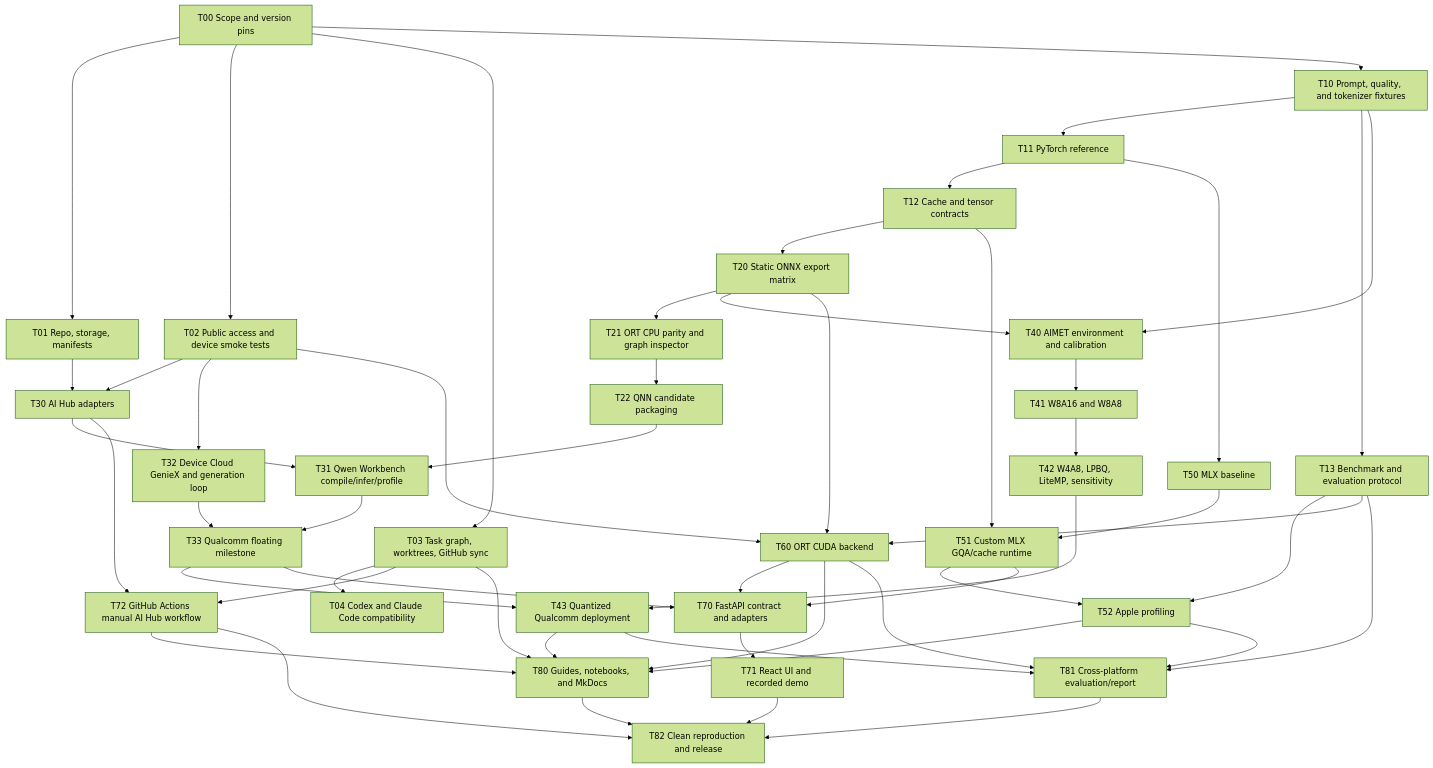
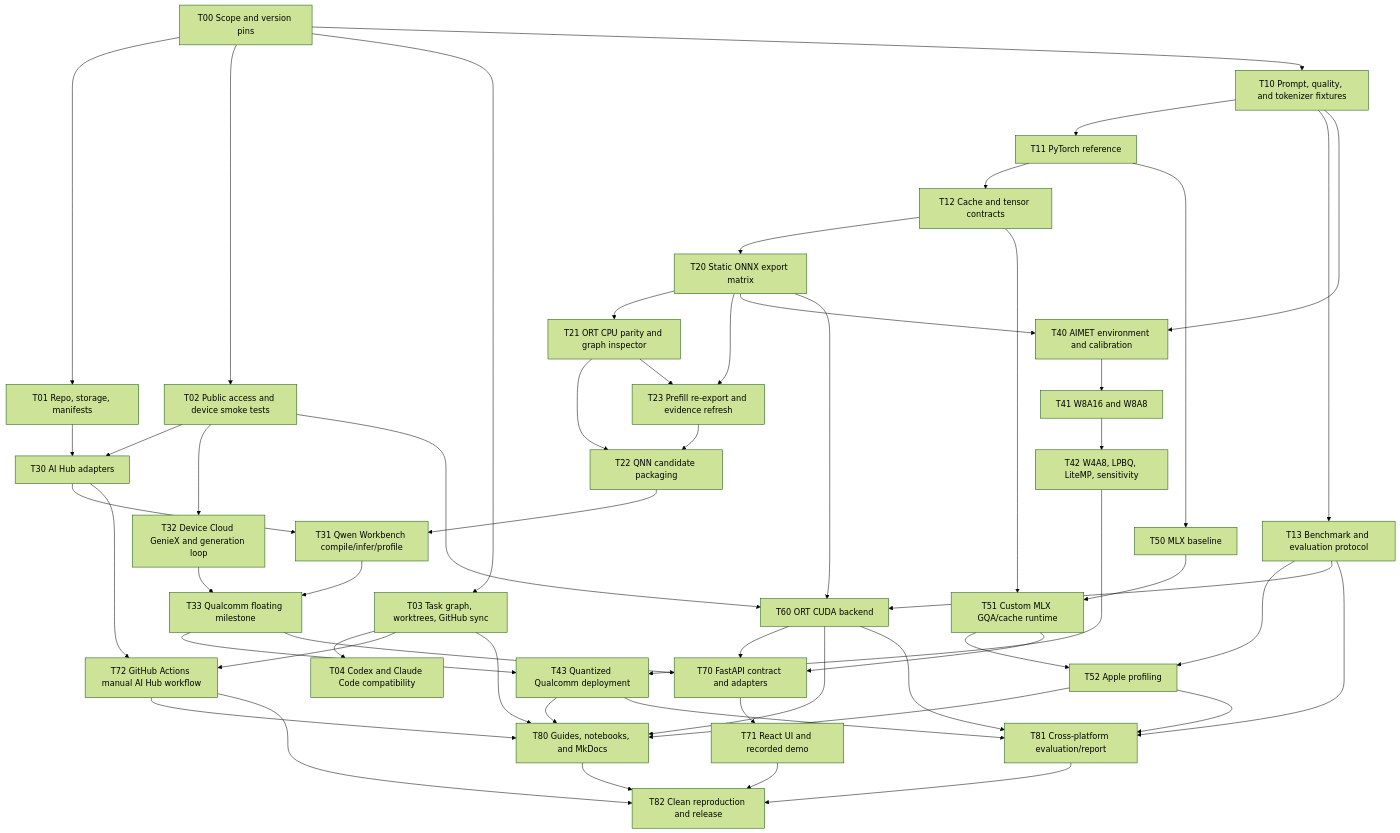
The diagram in docs/project/plan.md (chayut-t/slm-deployment-lab), drawn with Mermaid (forest theme) before and after one commit. The commit also changed other lines of this file and 5 other files, not shown here.

```diff
--- a/docs/project/plan.md
+++ b/docs/project/plan.md
@@ -846,6 +846,7 @@
     T20["T20 Static ONNX export matrix"]
     T21["T21 ORT CPU parity and graph inspector"]
     T22["T22 QNN candidate packaging"]
+    T23["T23 Prefill re-export and evidence refresh"]
 
     T30["T30 AI Hub adapters"]
     T31["T31 Qwen Workbench compile/infer/profile"]
@@ -882,6 +883,9 @@
     T12 --> T20
     T20 --> T21
     T21 --> T22
+    T20 --> T23
+    T21 --> T23
+    T23 --> T22
 
     T01 --> T30
     T02 --> T30
```
